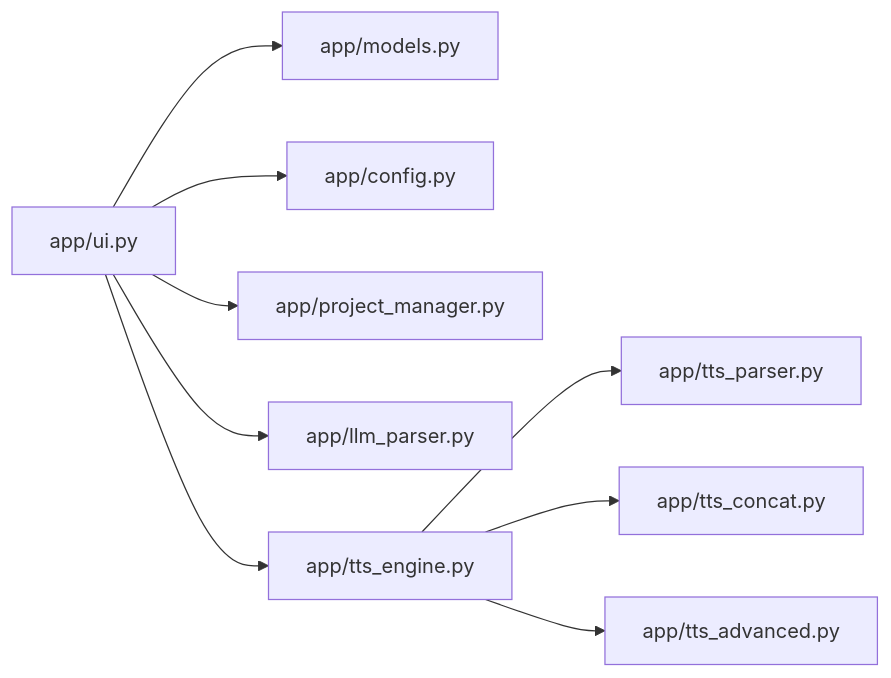
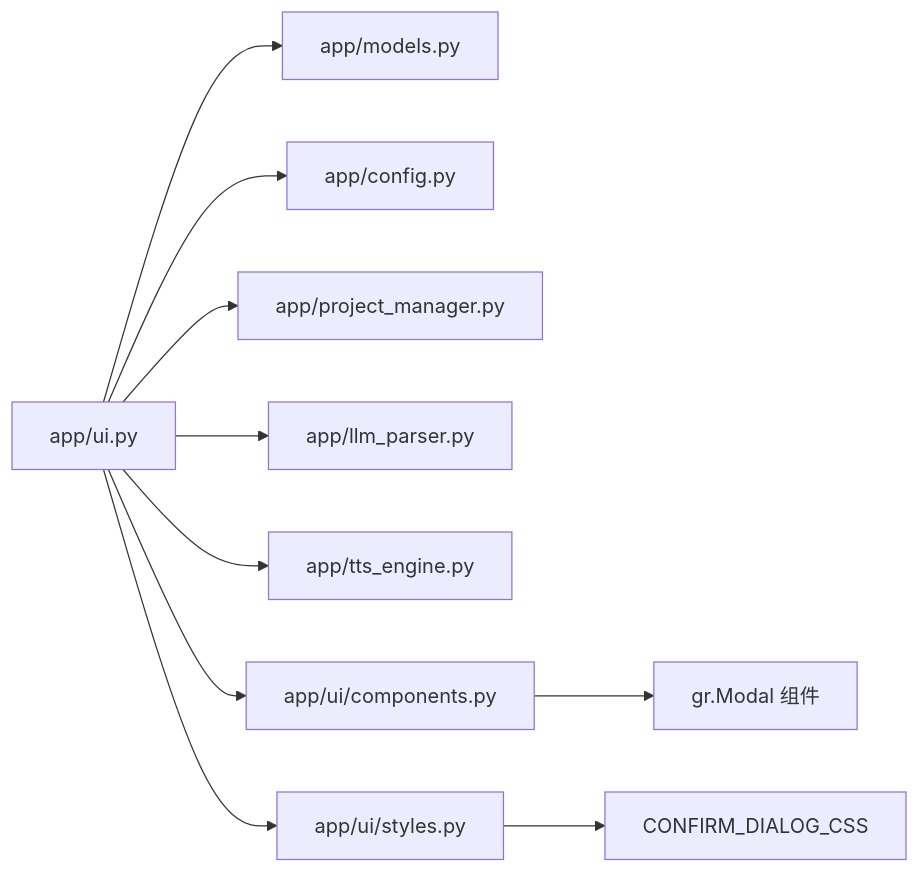
Before and after one commit to sdjeny/tts-studio: the third of 3 diagrams in .qoder/repowiki/zh/content/用户界面指南.md, drawn with Mermaid. The commit also changed other lines of this file and 10 other files, not shown here.

````diff
--- a/.qoder/repowiki/zh/content/用户界面指南.md
+++ b/.qoder/repowiki/zh/content/用户界面指南.md
@@ -203,11 +265,12 @@
 ```mermaid
 graph LR
 UI["app/ui.py"] --> M["app/models.py"]
 UI --> C["app/config.py"]
 UI --> PM["app/project_manager.py"]
 UI --> LLM["app/llm_parser.py"]
 UI --> TTS["app/tts_engine.py"]
-TTS --> P["app/tts_parser.py"]
-TTS --> TC["app/tts_concat.py"]
-TTS --> TA["app/tts_advanced.py"]
+UI --> COMP["app/ui/components.py"]
+UI --> STY["app/ui/styles.py"]
+COMP --> GR["gr.Modal 组件"]
+STY --> CSS["CONFIRM_DIALOG_CSS"]
 ```
````
